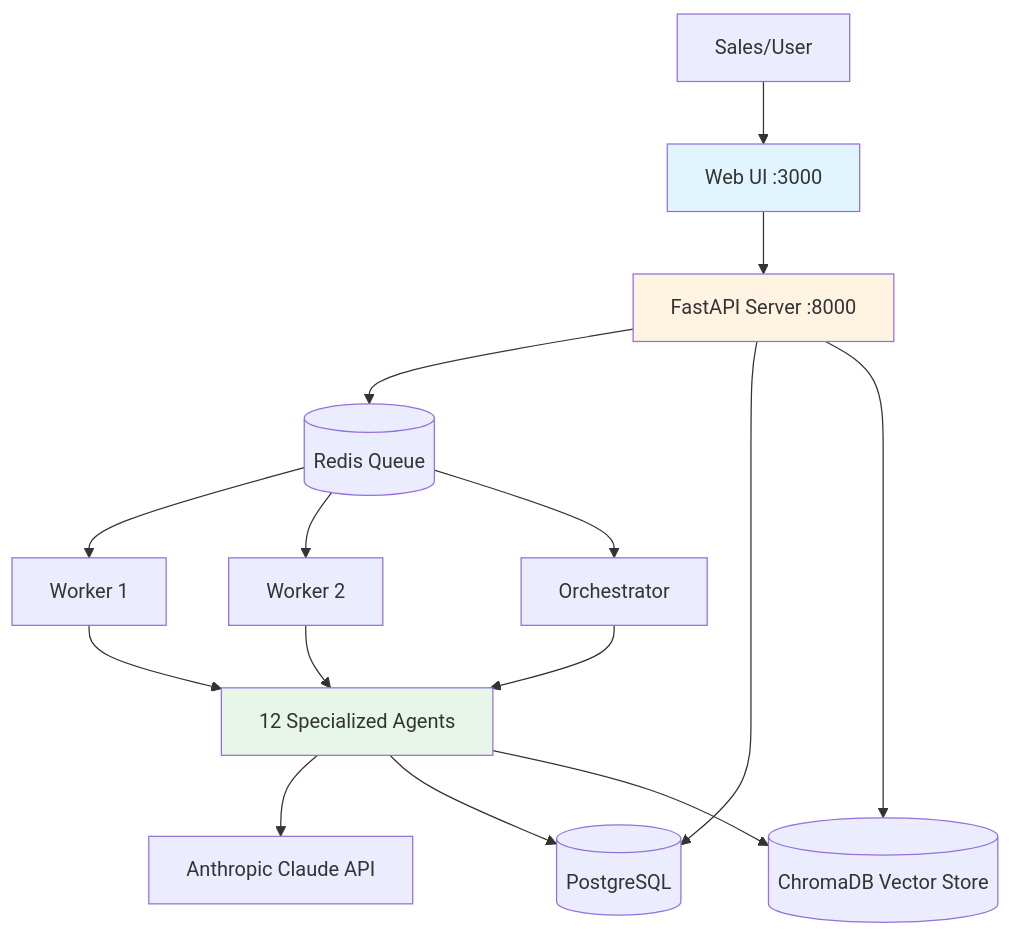
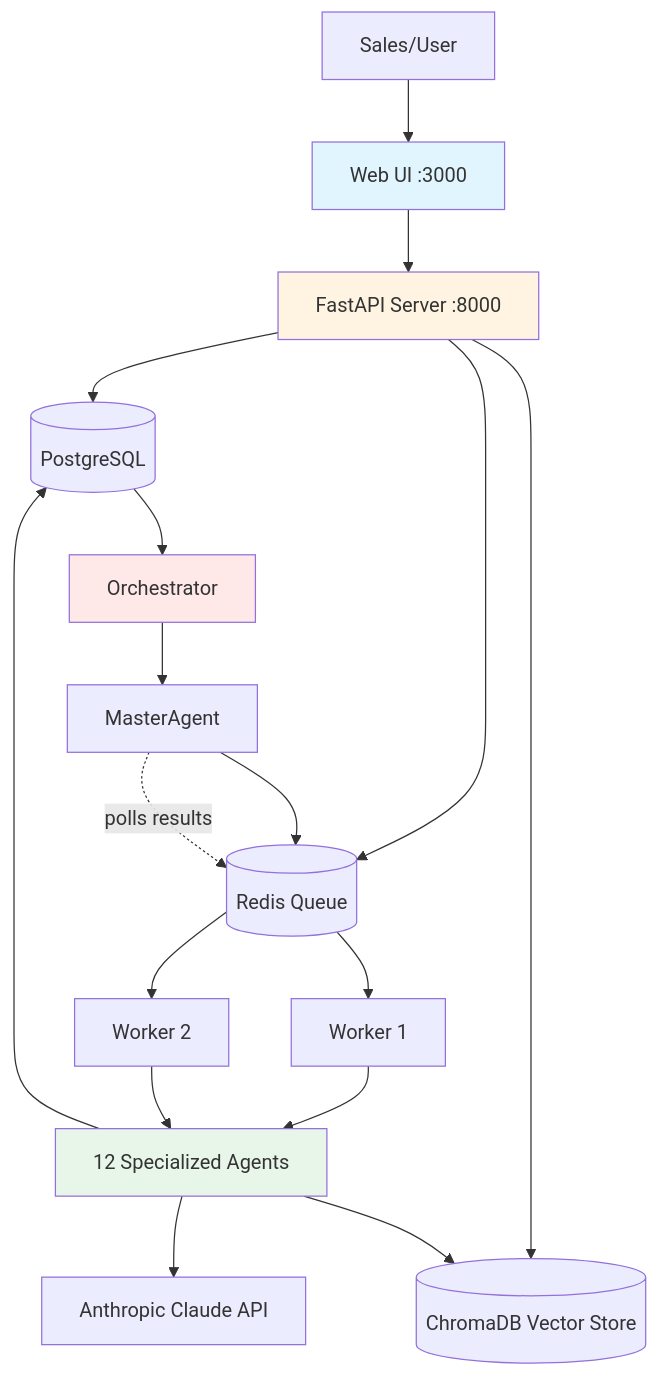
One commit to tefj-fun/agent_bus changed the first of 3 diagrams in README.md. Above: the diagram before and after it, drawn with Mermaid.

Commit message:
fix: Correct system architecture diagram to show accurate data flow (#67)
The diagram incorrectly showed Orchestrator consuming from Redis in
parallel with Workers. In reality:
- Orchestrator polls PostgreSQL for jobs (not Redis)
- MasterAgent dispatches tasks TO Redis
- Workers consume tasks FROM Redis
- MasterAgent polls Redis for task results

https://claude.ai/code/session_01XdjEkvRuAbyekvRFJ1M9xj

````diff
--- a/README.md
+++ b/README.md
@@ -86,26 +86,30 @@
 ```mermaid
 graph TB
     User[Sales/User] --> WebUI[Web UI :3000]
     WebUI --> API[FastAPI Server :8000]
 
+    API --> Postgres[(PostgreSQL)]
     API --> Redis[(Redis Queue)]
-    API --> Postgres[(PostgreSQL)]
     API --> ChromaDB[(ChromaDB Vector Store)]
+
+    Postgres --> Orchestrator[Orchestrator]
+    Orchestrator --> MasterAgent[MasterAgent]
+    MasterAgent --> Redis
 
     Redis --> Worker1[Worker 1]
     Redis --> Worker2[Worker 2]
-    Redis --> Orchestrator[Orchestrator]
 
     Worker1 --> Agents[12 Specialized Agents]
     Worker2 --> Agents
 
     Agents --> LLM[Anthropic Claude API]
-    Orchestrator --> Agents
-
     Agents --> Postgres
     Agents --> ChromaDB
+
+    MasterAgent -.->|polls results| Redis
 
     style WebUI fill:#e1f5ff
     style API fill:#fff4e1
     style Agents fill:#e8f5e9
+    style Orchestrator fill:#ffe8e8
 ```
````
